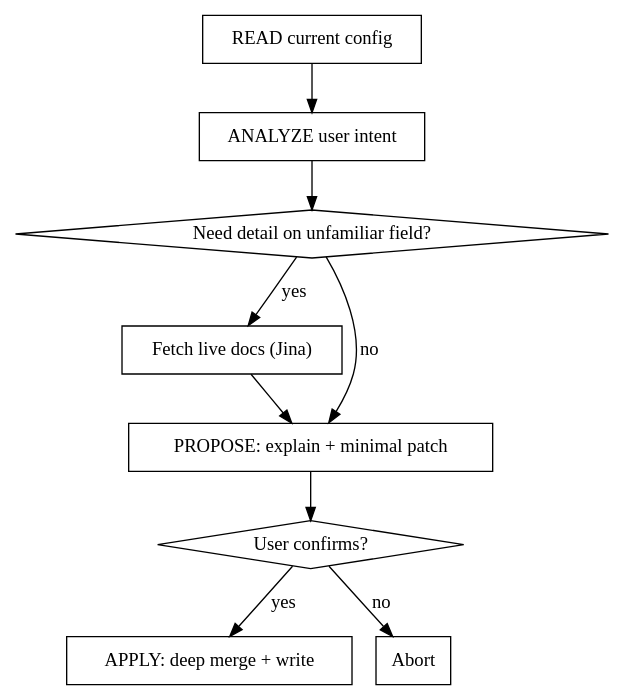
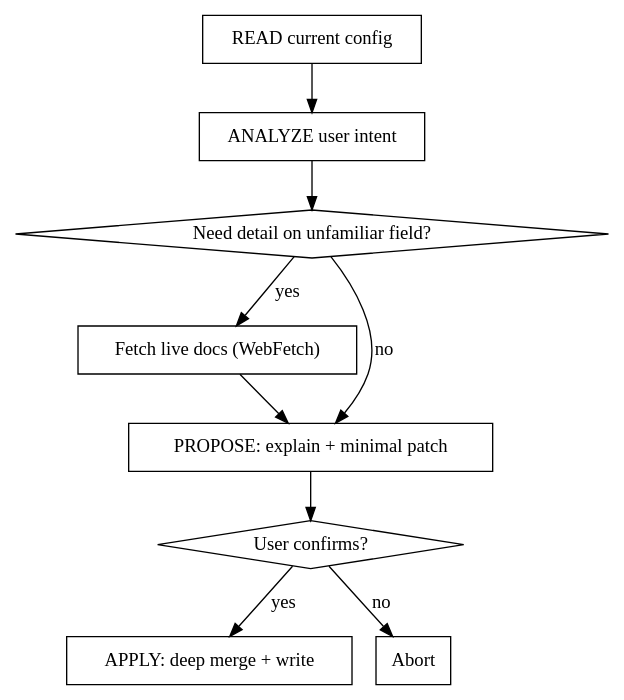
The diagram in skills/configure-OpenClaw/SKILL.md (onenameneo/OpenClaw-skills), drawn with Graphviz before and after one commit. The commit also changed other lines of this file, not shown here.

````diff
--- a/skills/configure-OpenClaw/SKILL.md
+++ b/skills/configure-OpenClaw/SKILL.md
@@ -14,21 +14,21 @@
 ```dot
 digraph config_edit {
     "READ current config" [shape=box];
     "ANALYZE user intent" [shape=box];
     "Need detail on unfamiliar field?" [shape=diamond];
-    "Fetch live docs (Jina)" [shape=box];
+    "Fetch live docs (WebFetch)" [shape=box];
     "PROPOSE: explain + minimal patch" [shape=box];
     "User confirms?" [shape=diamond];
     "APPLY: deep merge + write" [shape=box];
     "Abort" [shape=box];
 
     "READ current config" -> "ANALYZE user intent";
     "ANALYZE user intent" -> "Need detail on unfamiliar field?";
-    "Need detail on unfamiliar field?" -> "Fetch live docs (Jina)" [label="yes"];
+    "Need detail on unfamiliar field?" -> "Fetch live docs (WebFetch)" [label="yes"];
     "Need detail on unfamiliar field?" -> "PROPOSE: explain + minimal patch" [label="no"];
-    "Fetch live docs (Jina)" -> "PROPOSE: explain + minimal patch";
+    "Fetch live docs (WebFetch)" -> "PROPOSE: explain + minimal patch";
     "PROPOSE: explain + minimal patch" -> "User confirms?";
     "User confirms?" -> "APPLY: deep merge + write" [label="yes"];
     "User confirms?" -> "Abort" [label="no"];
 }
 ```
````
